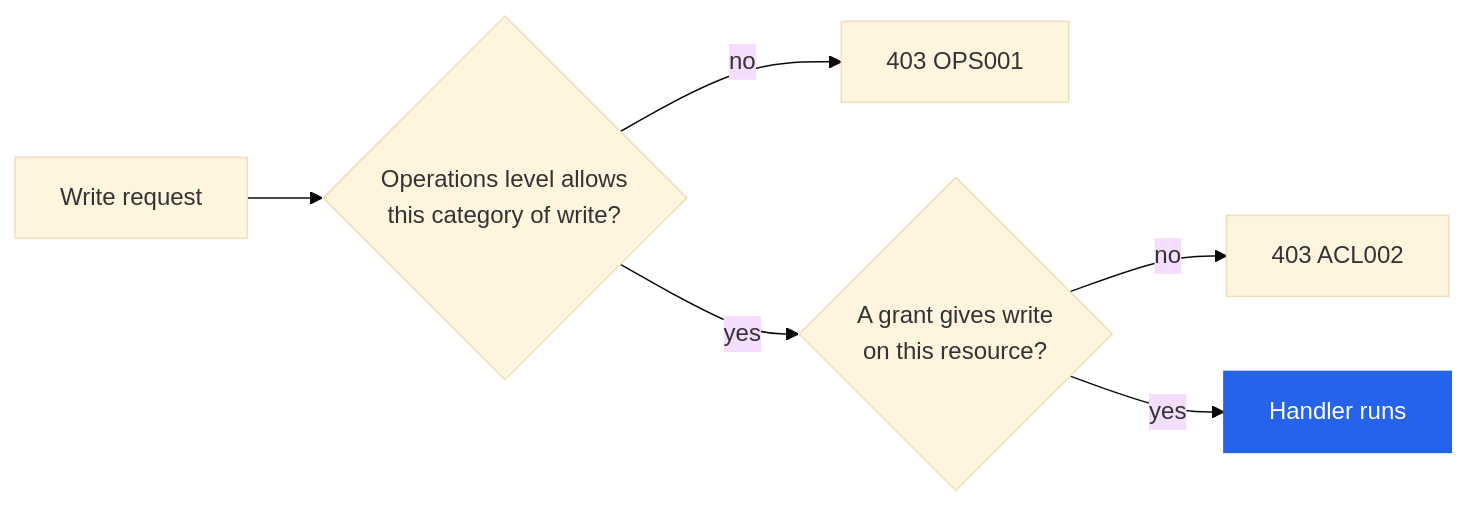
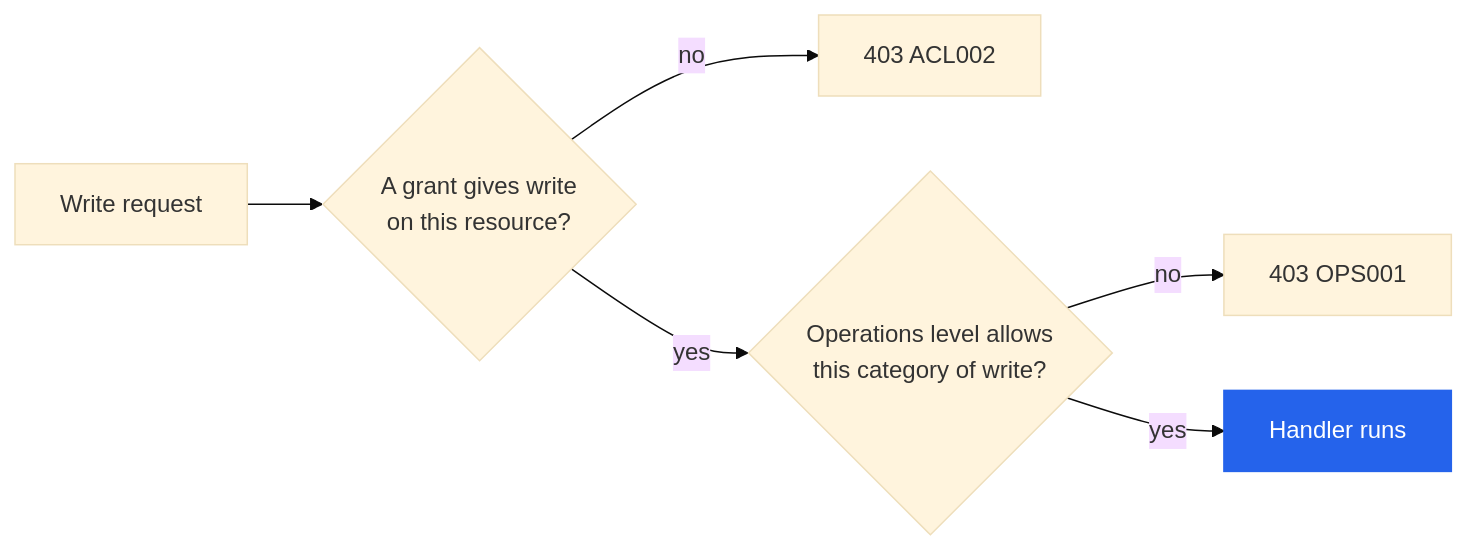
Before and after one commit to Radiergummi/cetacean: the diagram in docs/authorization.md, drawn with Mermaid (base theme). The commit also changed other lines of this file and 15 other files, not shown here.

````diff
--- a/docs/authorization.md
+++ b/docs/authorization.md
@@ -123,14 +123,14 @@
 ```mermaid
 flowchart LR
     accTitle: How a write request is authorized
-    accDescr: A write passes the operations level check first, then the per-resource grant check. Failing the first answers 403 OPS001, failing the second answers 403 ACL002.
+    accDescr: A write passes the per-resource grant check first, then the operations level check. Failing the first answers 403 ACL002, failing the second answers 403 OPS001.
 
-    request["Write request"] --> level{"Operations level allows<br/>this category of write?"}
+    request["Write request"] --> grant{"A grant gives write<br/>on this resource?"}
+    grant -->|no| acl["403 ACL002"]
+    grant -->|yes| level{"Operations level allows<br/>this category of write?"}
     level -->|no| ops["403 OPS001"]
-    level -->|yes| grant{"A grant gives write<br/>on this resource?"}
-    grant -->|no| acl["403 ACL002"]
-    grant -->|yes| handler["Handler runs"]
+    level -->|yes| handler["Handler runs"]
 
     classDef accent fill:#2563eb,stroke:#2563eb,color:#ffffff
     class handler accent
 ```
````
